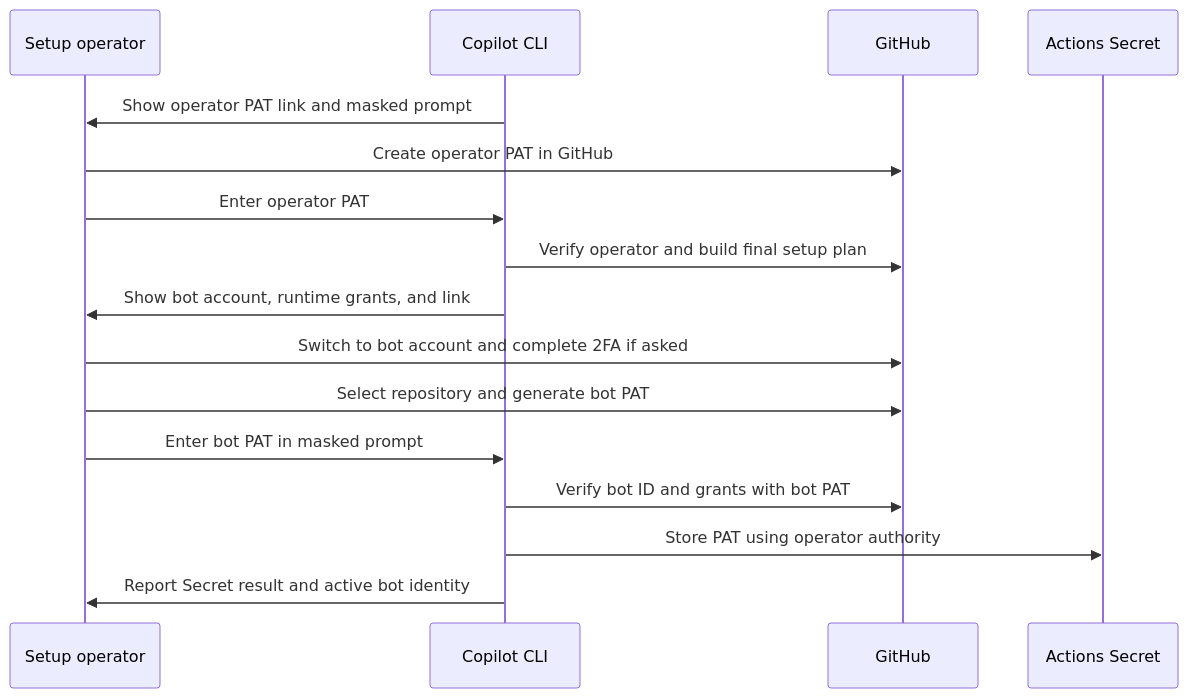
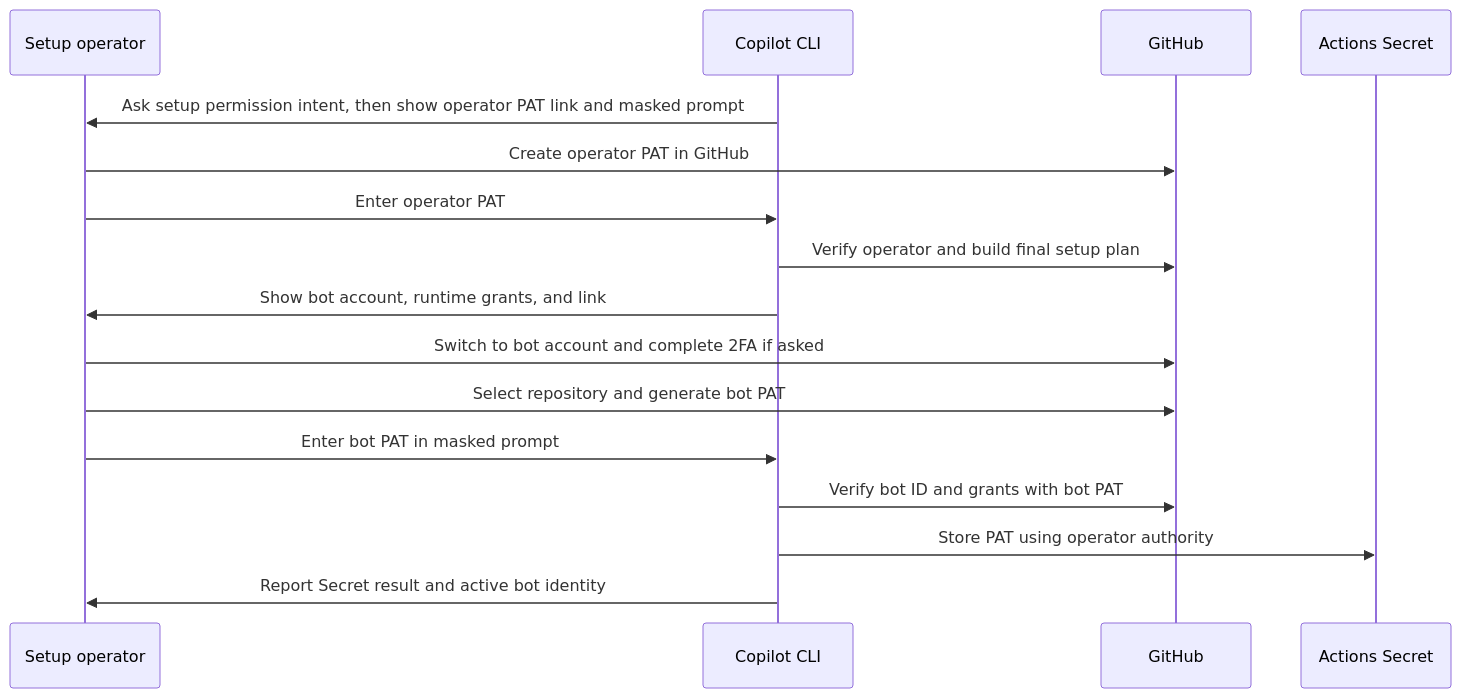
The first of 2 diagrams in specs/guided-bot-pat-onboarding.md (vypdev/copilot), drawn with Mermaid before and after one commit. The commit also changed other lines of this file and 22 other files, not shown here.

Commit message:
codex-setup-temporary-github-auth: Guide setup PAT grants from preflight intent

````diff
--- a/specs/guided-bot-pat-onboarding.md
+++ b/specs/guided-bot-pat-onboarding.md
@@ -165,18 +169,18 @@
 ```mermaid
 sequenceDiagram
     participant U as Setup operator
     participant C as Copilot CLI
     participant G as GitHub
     participant S as Actions Secret
-    C->>U: Show operator PAT link and masked prompt
+    C->>U: Ask setup permission intent, then show operator PAT link and masked prompt
     U->>G: Create operator PAT in GitHub
     U->>C: Enter operator PAT
     C->>G: Verify operator and build final setup plan
     C->>U: Show bot account, runtime grants, and link
     U->>G: Switch to bot account and complete 2FA if asked
     U->>G: Select repository and generate bot PAT
     U->>C: Enter bot PAT in masked prompt
     C->>G: Verify bot ID and grants with bot PAT
     C->>S: Store PAT using operator authority
     C->>U: Report Secret result and active bot identity
 ```
````
